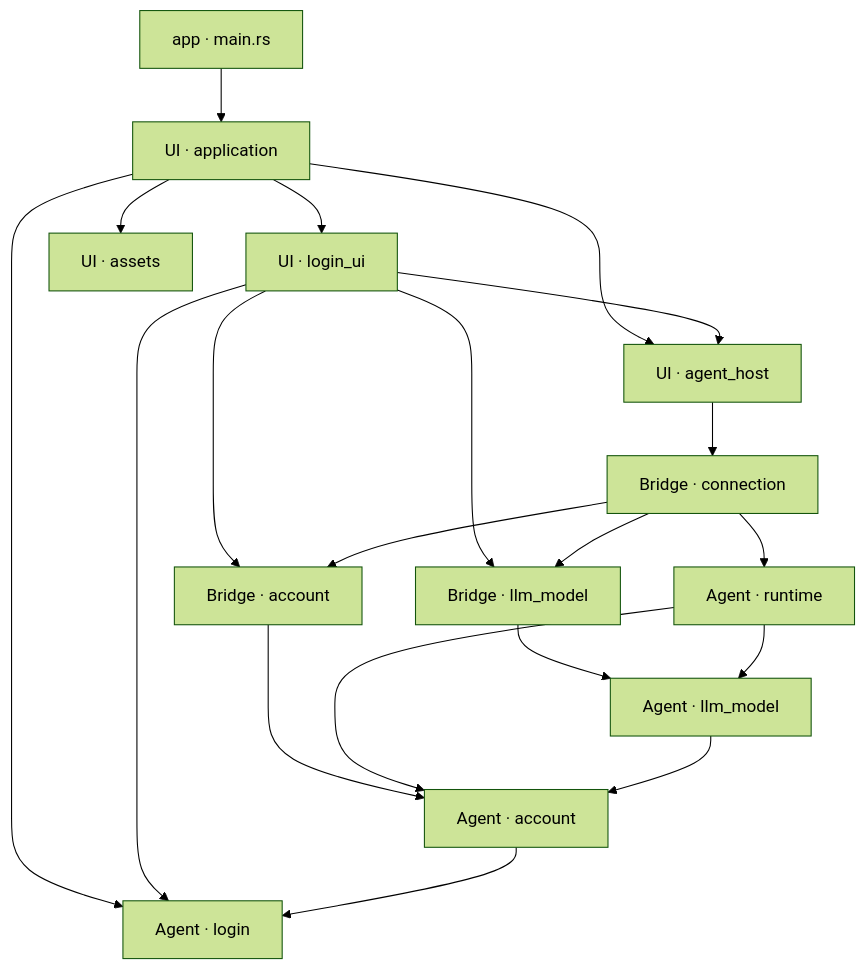
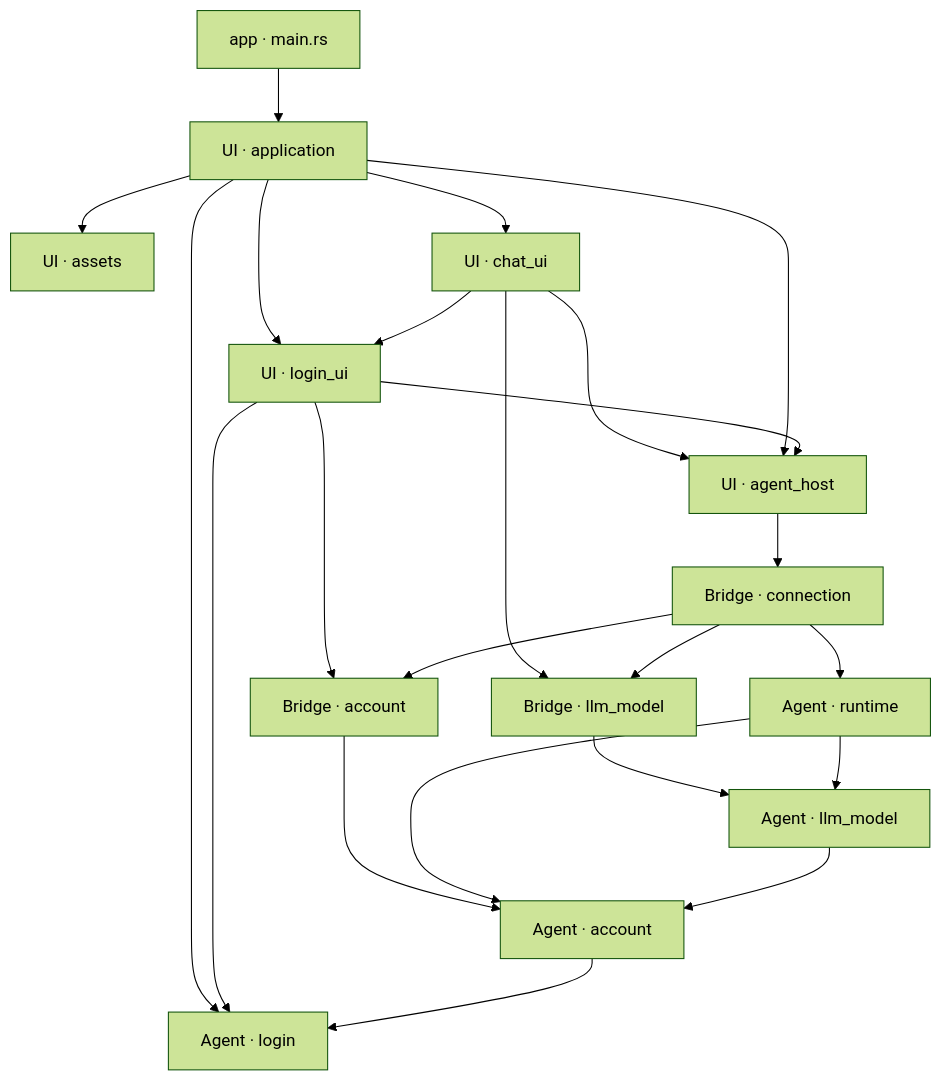
The first of 3 diagrams in docs/design/architecture.md (slc90/Agentelier), drawn with Mermaid (forest theme) before and after one commit. The commit also changed other lines of this file and 28 other files, not shown here.

````diff
--- a/docs/design/architecture.md
+++ b/docs/design/architecture.md
@@ -25,22 +26,25 @@
 ```mermaid
 flowchart TD
     Entry["app · main.rs"] --> App["UI · application"]
     App --> UI["UI · login_ui"]
     App --> Assets["UI · assets"]
     App --> Login["Agent · login"]
     UI --> Login
+    App --> ChatUI["UI · chat_ui"]
+    ChatUI --> UI
+    ChatUI --> Host
     App --> Host["UI · agent_host"]
     UI --> Host
     Host --> Connection["Bridge · connection"]
     UI --> AccountBridge["Bridge · account"]
-    UI --> ModelBridge["Bridge · llm_model"]
+    ChatUI --> ModelBridge["Bridge · llm_model"]
     Connection --> Runtime["Agent · runtime"]
     Connection --> AccountBridge
     Connection --> ModelBridge
     AccountBridge --> Account["Agent · account"]
     ModelBridge --> Model["Agent · llm_model"]
     Runtime --> Account
     Runtime --> Model
     Model --> Account
     Account --> Login
 ```
````
